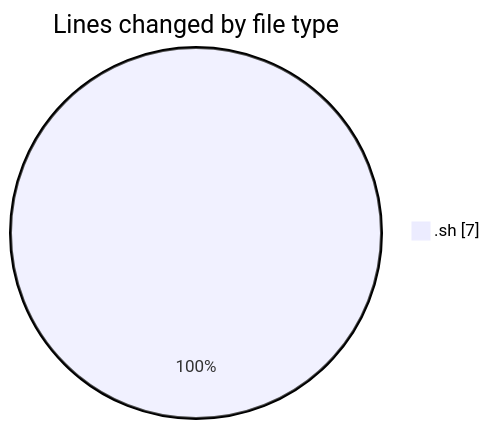
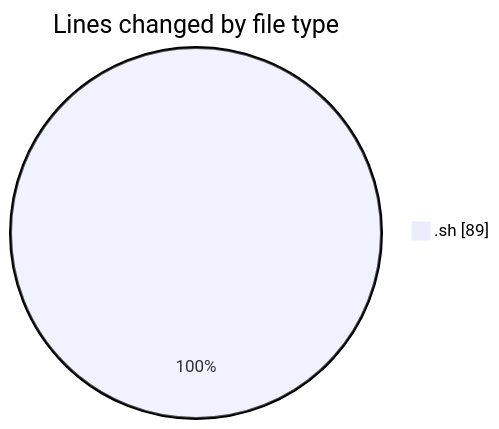
One commit to ricardozamudiocil/code-tracking changed the first of 2 diagrams in 2026-03-30/scripts/README.md. Above: the diagram before and after it, drawn with Mermaid. The commit also changed other lines of this file and 1 other file, not shown here.

````diff
--- a/2026-03-30/scripts/README.md
+++ b/2026-03-30/scripts/README.md
@@ -20,5 +21,5 @@
 ```mermaid
 pie showData
 title Lines changed by file type
-".sh" : 7
+".sh" : 89
 ```
````
